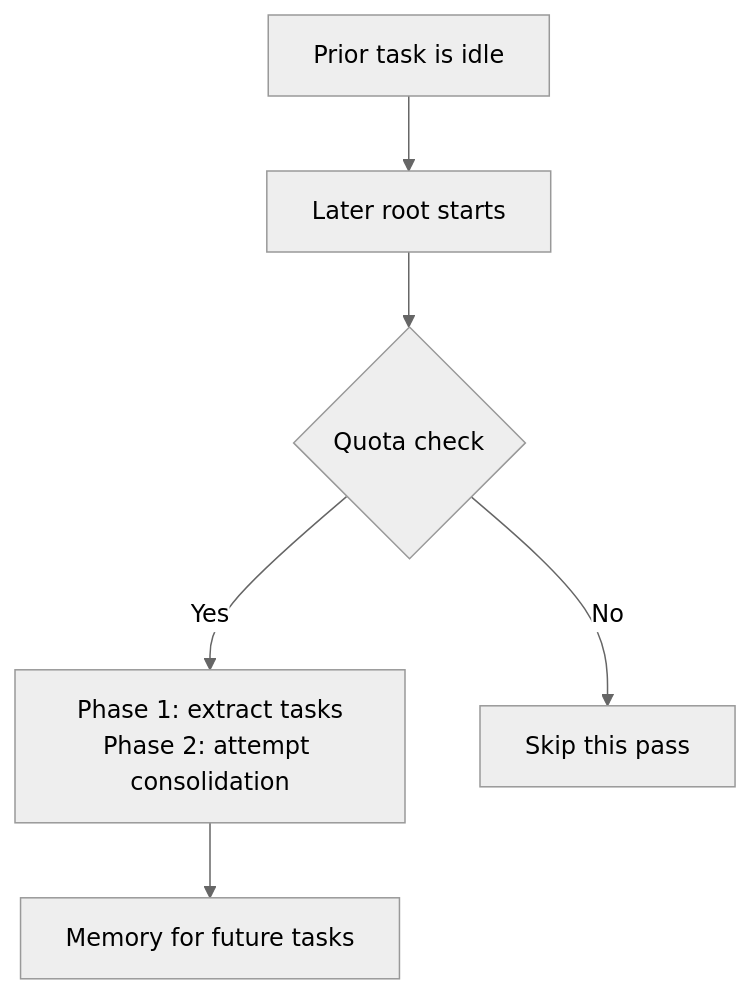
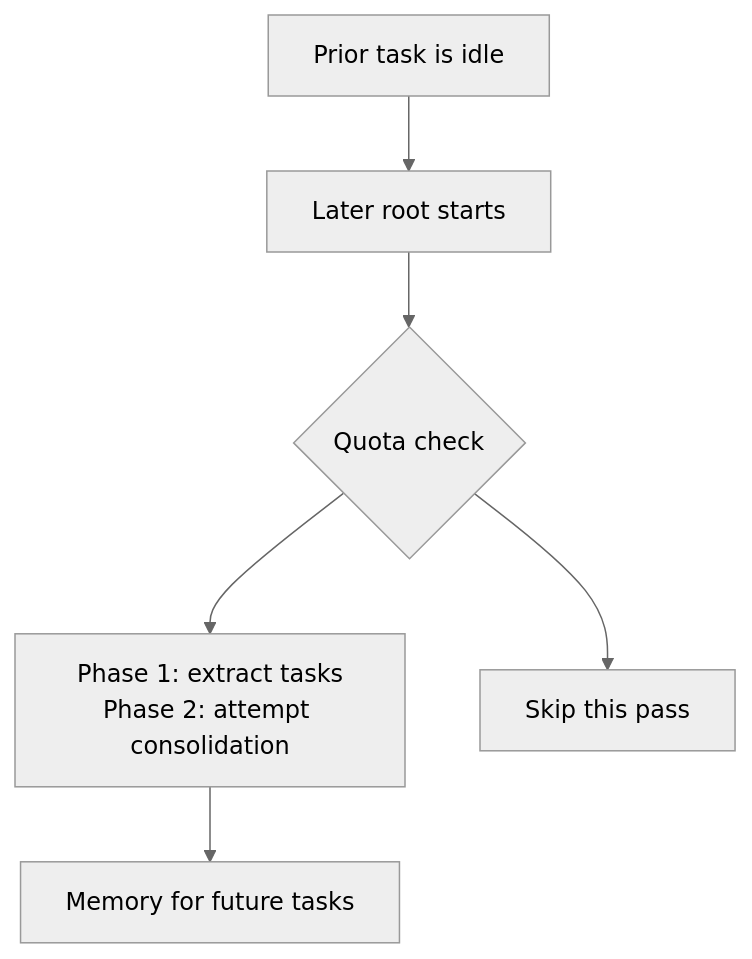
The diagram in src/content/blog/codex-memories/en.mdx (exsesx/exsesx.dev), drawn with Mermaid (neutral theme) before and after one commit. The commit also changed 6 other files, not shown here.

````diff
--- a/src/content/blog/codex-memories/en.mdx
+++ b/src/content/blog/codex-memories/en.mdx
@@ -44,10 +44,10 @@
 ```mermaid
 flowchart TD
   accTitle: Codex local memory pipeline
   accDescr: A previous task becomes idle, a later root task starts the background pipeline, and Codex attempts extraction then consolidation for future tasks.
   previous["Prior task is idle"] --> startup["Later root starts"]
   startup --> gate{"Quota check"}
-  gate -->|Yes| pipeline["Phase 1: extract tasks<br/>Phase 2: attempt consolidation"]
+  gate --> pipeline["Phase 1: extract tasks<br/>Phase 2: attempt consolidation"]
   pipeline --> future["Memory for future tasks"]
-  gate -->|No| skip["Skip this pass"]
+  gate --> skip["Skip this pass"]
 ```
````
